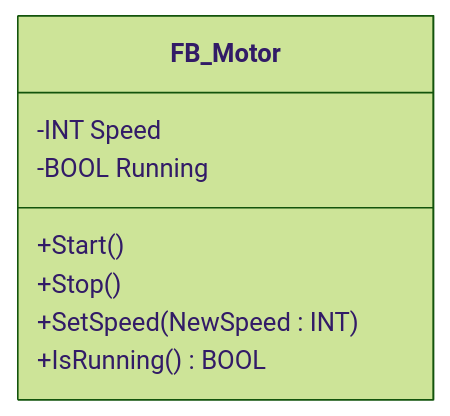
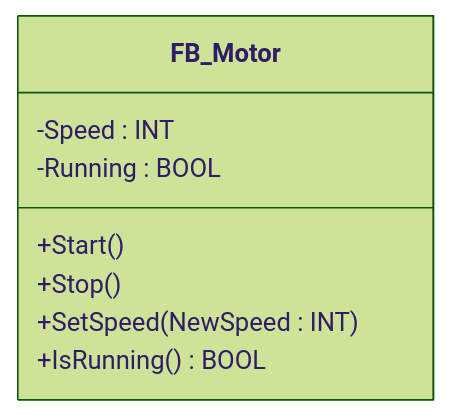
The first of 7 diagrams in 61131-3/Method.md (buribalkan/PLC), drawn with Mermaid (forest theme) before and after one commit. The commit also changed other lines of this file, not shown here.

Commit message:
Update METHOD documentation and diagrams

````diff
--- a/61131-3/Method.md
+++ b/61131-3/Method.md
@@ -231,11 +231,11 @@
 ```mermaid
 classDiagram
     class FB_Motor {
-        -INT Speed
-        -BOOL Running
+        -Speed : INT
+        -Running : BOOL
         +Start()
         +Stop()
         +SetSpeed(NewSpeed : INT)
         +IsRunning() BOOL
     }
 ```
````
